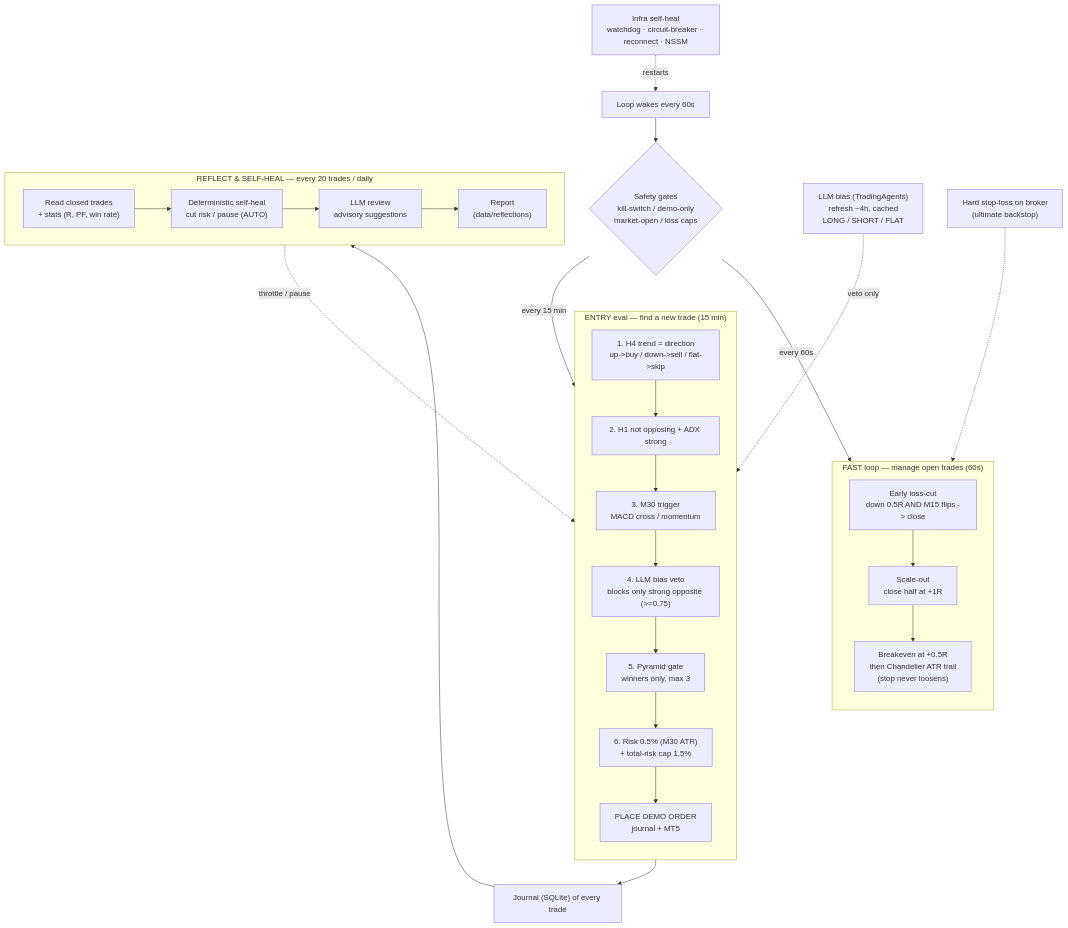
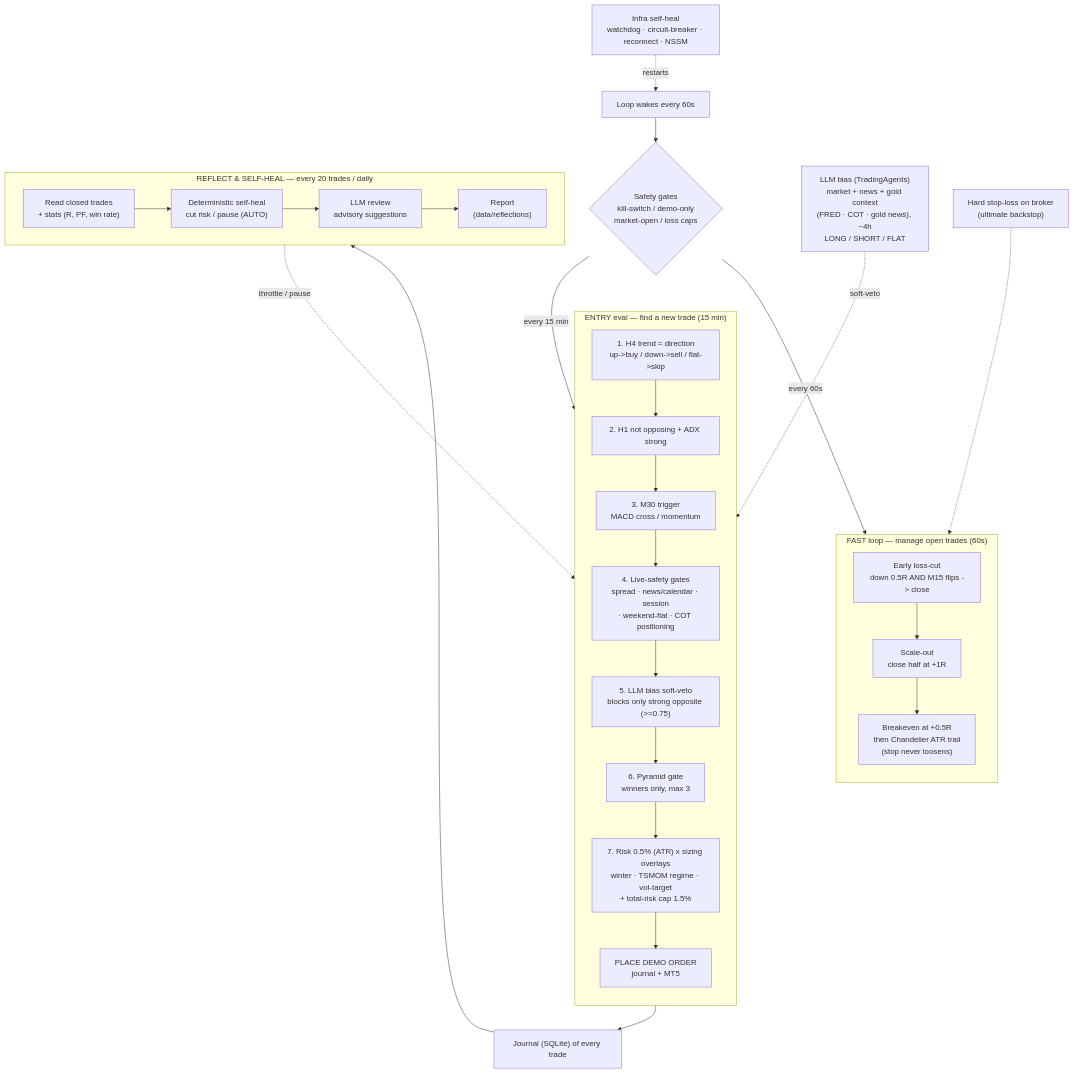
The diagram in SYSTEM_FLOW.md (mshafei721/Agent-Trader), drawn with Mermaid before and after one commit. The commit also changed other lines of this file and 1 other file, not shown here.

````diff
--- a/SYSTEM_FLOW.md
+++ b/SYSTEM_FLOW.md
@@ -9,28 +14,28 @@
 ```mermaid
 flowchart TD
   W["Loop wakes every 60s"] --> S{"Safety gates<br/>kill-switch / demo-only<br/>market-open / loss caps"}
   S -->|every 60s| C1
   S -->|every 15 min| E1
-  LLM["LLM bias (TradingAgents)<br/>refresh ~4h, cached<br/>LONG / SHORT / FLAT"] -. veto only .-> E4
+  LLM["LLM bias (TradingAgents)<br/>market + news + gold context<br/>(FRED · COT · gold news), ~4h<br/>LONG / SHORT / FLAT"] -. soft-veto .-> E5
 
   subgraph FAST["FAST loop — manage open trades (60s)"]
     direction TB
     C1["Early loss-cut<br/>down 0.5R AND M15 flips -> close"] --> C2["Scale-out<br/>close half at +1R"] --> C3["Breakeven at +0.5R<br/>then Chandelier ATR trail<br/>(stop never loosens)"]
   end
 
   subgraph ENTRY["ENTRY eval — find a new trade (15 min)"]
     direction TB
-    E1["1. H4 trend = direction<br/>up->buy / down->sell / flat->skip"] --> E2["2. H1 not opposing + ADX strong"] --> E3["3. M30 trigger<br/>MACD cross / momentum"] --> E4["4. LLM bias veto<br/>blocks only strong opposite (>=0.75)"] --> E5["5. Pyramid gate<br/>winners only, max 3"] --> E6["6. Risk 0.5% (M30 ATR)<br/>+ total-risk cap 1.5%"] --> E7["PLACE DEMO ORDER<br/>journal + MT5"]
+    E1["1. H4 trend = direction<br/>up->buy / down->sell / flat->skip"] --> E2["2. H1 not opposing + ADX strong"] --> E3["3. M30 trigger<br/>MACD cross / momentum"] --> E4["4. Live-safety gates<br/>spread · news/calendar · session<br/>· weekend-flat · COT positioning"] --> E5["5. LLM bias soft-veto<br/>blocks only strong opposite (>=0.75)"] --> E6["6. Pyramid gate<br/>winners only, max 3"] --> E6b["7. Risk 0.5% (ATR) x sizing overlays<br/>winter · TSMOM regime · vol-target<br/>+ total-risk cap 1.5%"] --> E7["PLACE DEMO ORDER<br/>journal + MT5"]
   end
 
   BR["Hard stop-loss on broker<br/>(ultimate backstop)"] -.-> C3
   INFRA["Infra self-heal<br/>watchdog · circuit-breaker · reconnect · NSSM"] -. restarts .-> W
   E7 --> J["Journal (SQLite) of every trade"]
 
   subgraph REFLECT["REFLECT & SELF-HEAL — every 20 trades / daily"]
     direction LR
     RR["Read closed trades<br/>+ stats (R, PF, win rate)"] --> RH["Deterministic self-heal<br/>cut risk / pause (AUTO)"] --> RL["LLM review<br/>advisory suggestions"] --> RP["Report<br/>(data/reflections)"]
   end
   J --> RR
-  RH -. throttle / pause .-> E6
+  RH -. throttle / pause .-> E6b
 ```
````
